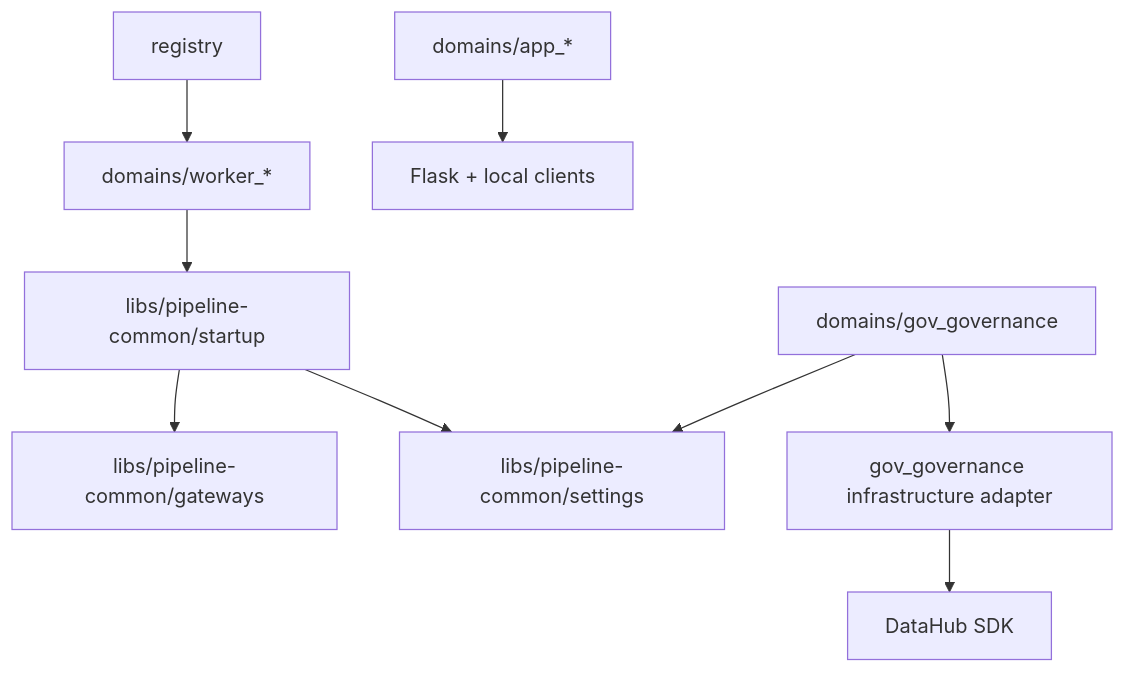
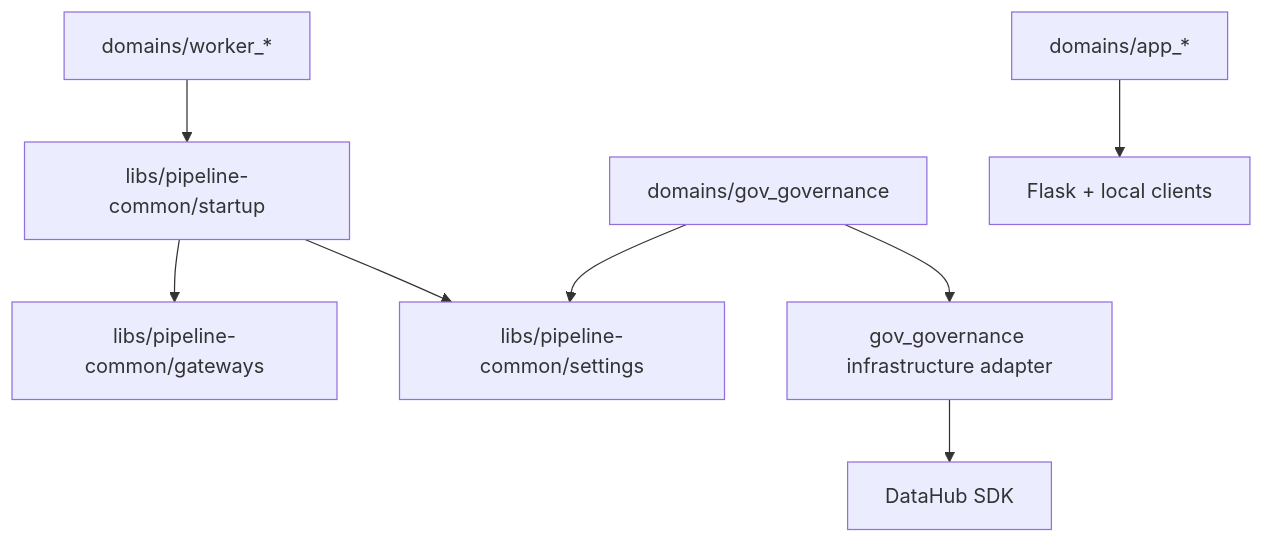
Before and after one commit to ElwesHonorato/governed-rag-foundation: the first of 2 diagrams in docs/ARCHITECTURE.md, drawn with Mermaid. The commit also changed other lines of this file and 373 other files, not shown here.

````diff
--- a/docs/ARCHITECTURE.md
+++ b/docs/ARCHITECTURE.md
@@ -116,14 +129,13 @@
 ```mermaid
 graph TD
     A[domains/worker_*] --> B[libs/pipeline-common/startup]
     B --> C[libs/pipeline-common/gateways]
     B --> D[libs/pipeline-common/settings]
 
     E[domains/gov_governance] --> D
     E --> F[gov_governance infrastructure adapter]
     F --> G[DataHub SDK]
 
     H[domains/app_*] --> I[Flask + local clients]
 
-    J[registry] --> A
 ```
````
